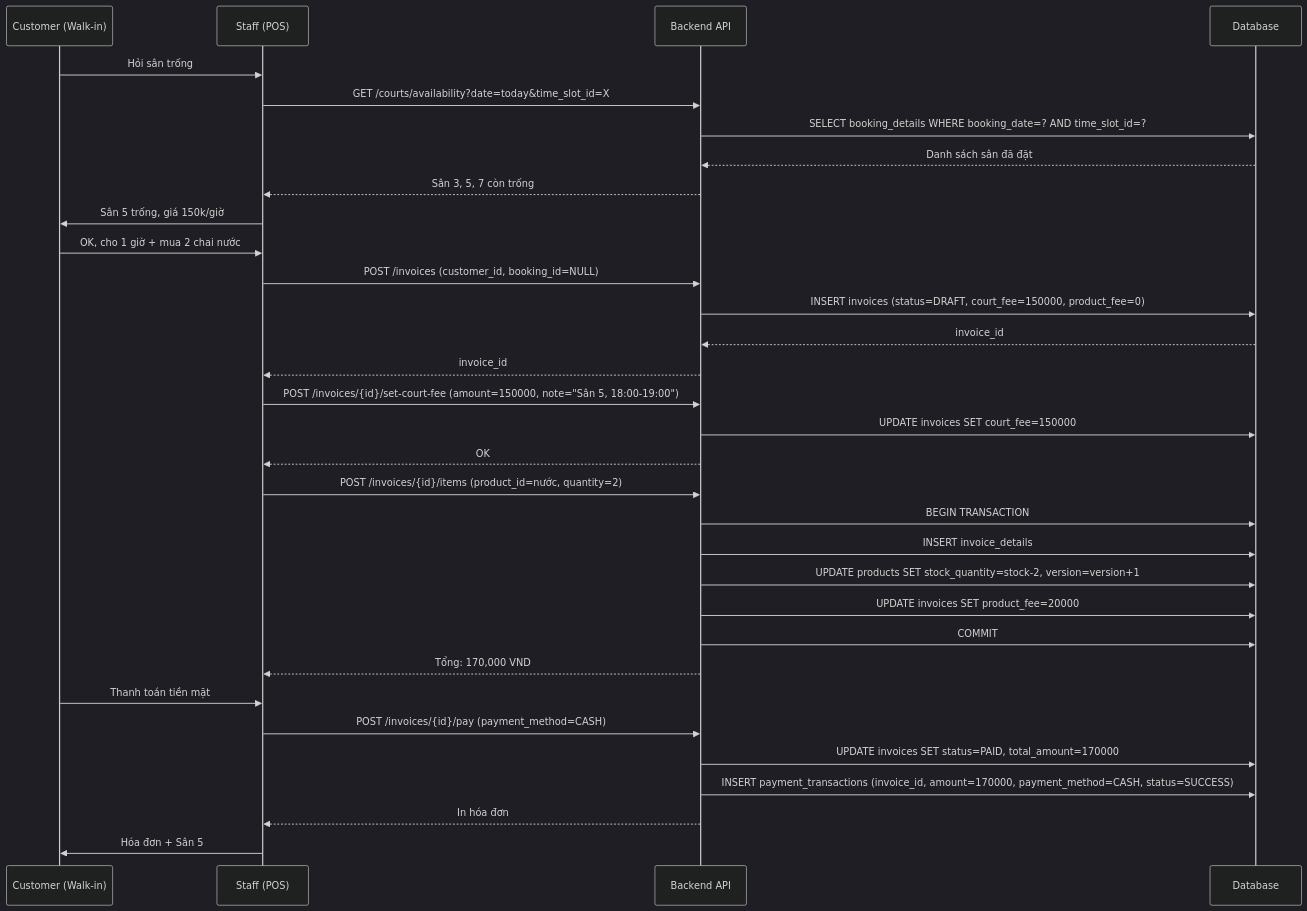
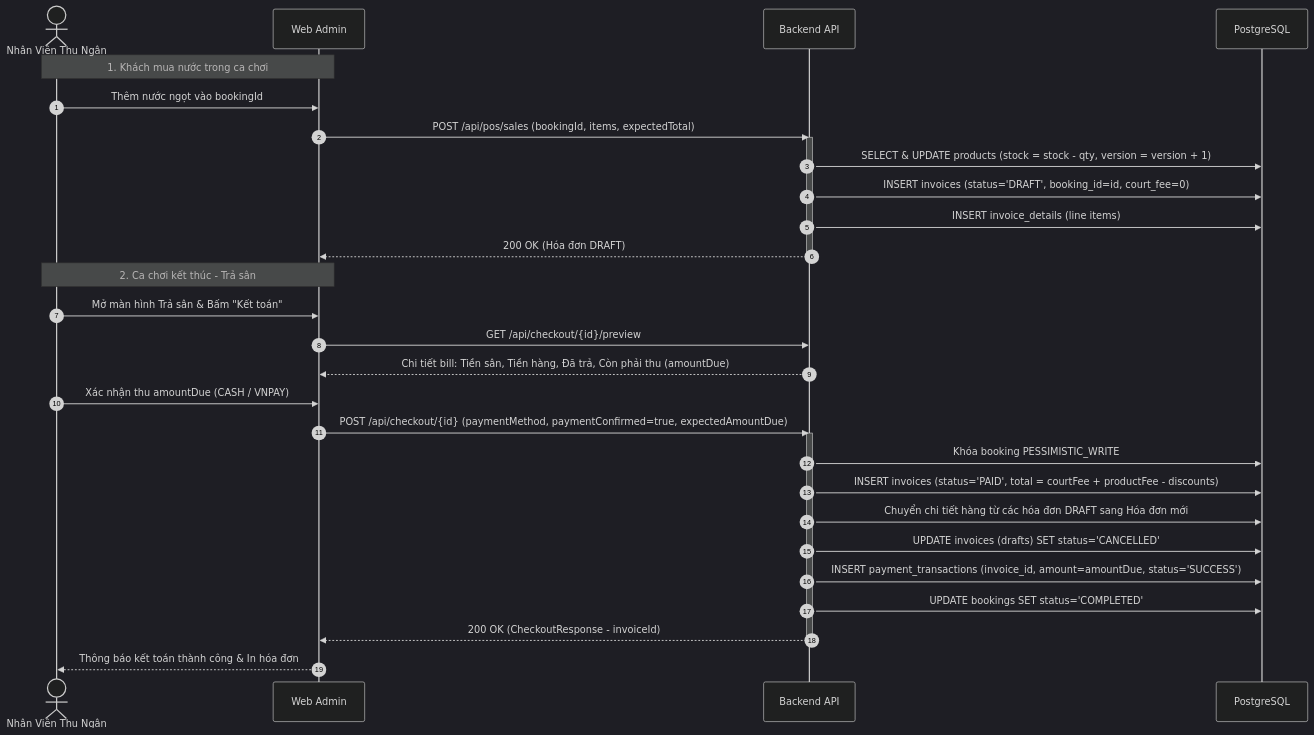
The second of 2 diagrams in docs/payment-invoice-flow.md (hung-it/Badminton_Court_Management), drawn with Mermaid (dark theme) before and after one commit. The commit also changed other lines of this file and 62 other files, not shown here.

````diff
--- a/docs/payment-invoice-flow.md
+++ b/docs/payment-invoice-flow.md
@@ -119,40 +127,36 @@
 ```mermaid
 sequenceDiagram
-    participant C as Customer (Walk-in)
-    participant Staff as Staff (POS)
+    autonumber
+    actor S as Nhân Viên Thu Ngân
+    participant UI as Web Admin
     participant API as Backend API
-    participant DB as Database
+    participant DB as PostgreSQL
 
-    C->>Staff: Hỏi sân trống
-    Staff->>API: GET /courts/availability?date=today&time_slot_id=X
-    API->>DB: SELECT booking_details WHERE booking_date=? AND time_slot_id=?
-    DB-->>API: Danh sách sân đã đặt
-    API-->>Staff: Sân 3, 5, 7 còn trống
+    Note over S,UI: 1. Khách mua nước trong ca chơi
+    S->>UI: Thêm nước ngọt vào bookingId
+    UI->>API: POST /api/pos/sales (bookingId, items, expectedTotal)
+    activate API
+    API->>DB: SELECT & UPDATE products (stock = stock - qty, version = version + 1)
+    API->>DB: INSERT invoices (status='DRAFT', booking_id=id, court_fee=0)
+    API->>DB: INSERT invoice_details (line items)
+    API-->>UI: 200 OK (Hóa đơn DRAFT)
+    deactivate API
 
-    Staff->>C: Sân 5 trống, giá 150k/giờ
-    C->>Staff: OK, cho 1 giờ + mua 2 chai nước
+    Note over S,UI: 2. Ca chơi kết thúc - Trả sân
+    S->>UI: Mở màn hình Trả sân & Bấm "Kết toán"
+    UI->>API: GET /api/checkout/{id}/preview
+    API-->>UI: Chi tiết bill: Tiền sân, Tiền hàng, Đã trả, Còn phải thu (amountDue)
 
-    Staff->>API: POST /invoices (customer_id, booking_id=NULL)
-    API->>DB: INSERT invoices (status=DRAFT, court_fee=150000, product_fee=0)
-    DB-->>API: invoice_id
-    API-->>Staff: invoice_id
-
-    Staff->>API: POST /invoices/{id}/set-court-fee (amount=150000, note="Sân 5, 18:00-19:00")
-    API->>DB: UPDATE invoices SET court_fee=150000
-    API-->>Staff: OK
-
-    Staff->>API: POST /invoices/{id}/items (product_id=nước, quantity=2)
-    API->>DB: BEGIN TRANSACTION
-    API->>DB: INSERT invoice_details
-    API->>DB: UPDATE products SET stock_quantity=stock-2, version=version+1
-    API->>DB: UPDATE invoices SET product_fee=20000
-    API->>DB: COMMIT
-    API-->>Staff: Tổng: 170,000 VND
-
-    C->>Staff: Thanh toán tiền mặt
-    Staff->>API: POST /invoices/{id}/pay (payment_method=CASH)
-    API->>DB: UPDATE invoices SET status=PAID, total_amount=170000
-    API->>DB: INSERT payment_transactions (invoice_id, amount=170000, payment_method=CASH, status=SUCCESS)
-    API-->>Staff: In hóa đơn
-    Staff->>C: Hóa đơn + Sân 5
+    S->>UI: Xác nhận thu amountDue (CASH / VNPAY)
+    UI->>API: POST /api/checkout/{id} (paymentMethod, paymentConfirmed=true, expectedAmountDue)
+    activate API
+    API->>DB: Khóa booking PESSIMISTIC_WRITE
+    API->>DB: INSERT invoices (status='PAID', total = courtFee + productFee - discounts)
+    API->>DB: Chuyển chi tiết hàng từ các hóa đơn DRAFT sang Hóa đơn mới
+    API->>DB: UPDATE invoices (drafts) SET status='CANCELLED'
+    API->>DB: INSERT payment_transactions (invoice_id, amount=amountDue, status='SUCCESS')
+    API->>DB: UPDATE bookings SET status='COMPLETED'
+    API-->>UI: 200 OK (CheckoutResponse - invoiceId)
+    deactivate API
+    UI-->>S: Thông báo kết toán thành công & In hóa đơn
 ```
````
